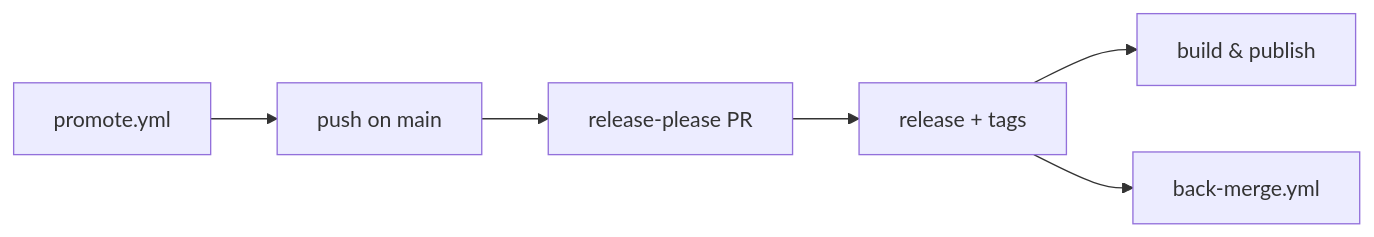
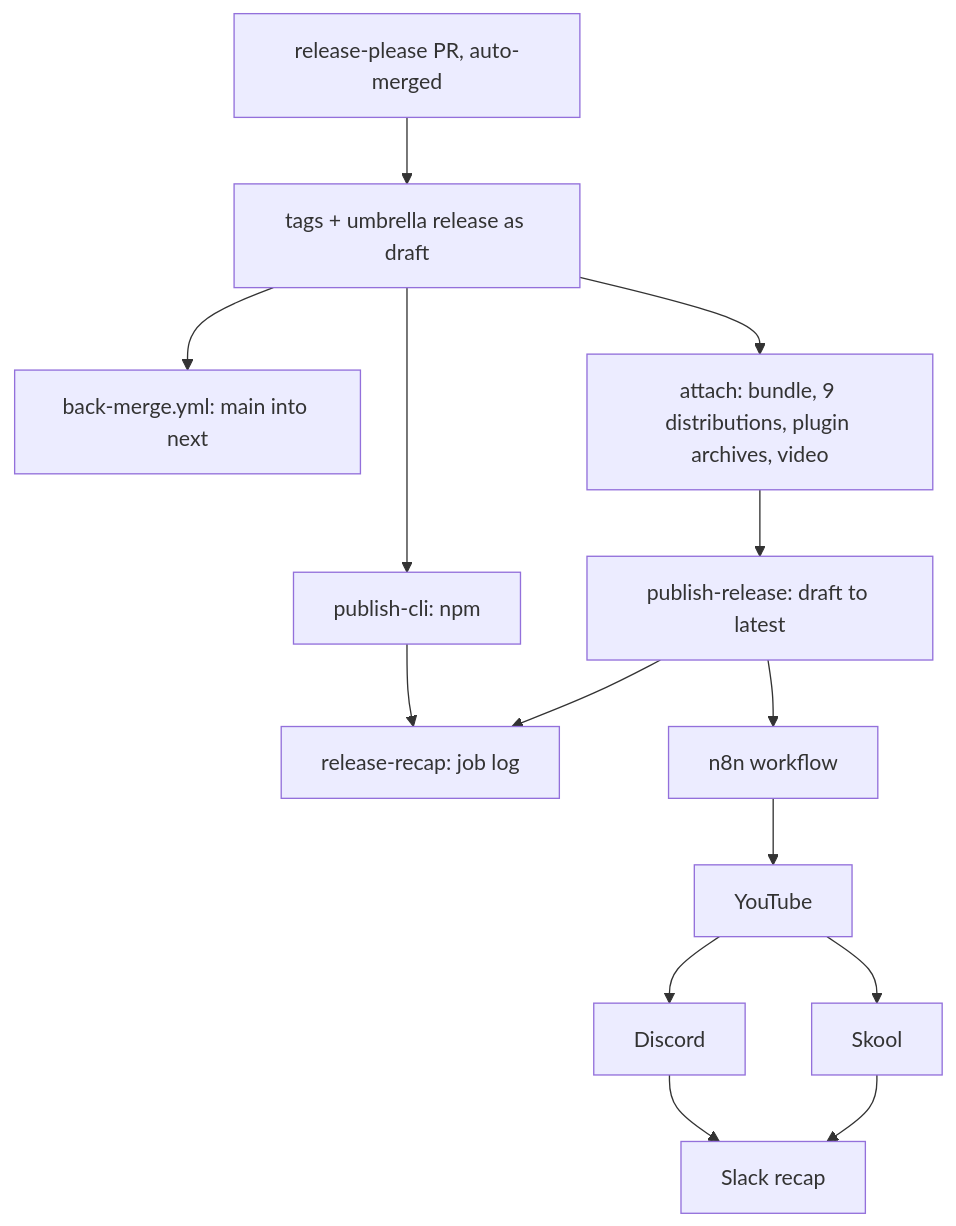
The diagram in aidd_docs/memory/deployment.md (BlandineRdl/framework), drawn with Mermaid before and after one commit. The commit also changed other lines of this file and 32 other files, not shown here.

First line of the commit message:
chore: plan and render the release video locally (#1056)

````diff
--- a/aidd_docs/memory/deployment.md
+++ b/aidd_docs/memory/deployment.md
@@ -21,8 +38,16 @@
 ```mermaid
-flowchart LR
-    Promote["promote.yml"] --> Push["push on main"]
-    Push --> RP["release-please PR"]
-    RP --> Release["release + tags"]
-    Release --> Build["build & publish"]
-    Release --> Back["back-merge.yml"]
+flowchart TD
+    RP["release-please PR, auto-merged"] --> Tags["tags + umbrella release as draft"]
+    Tags --> Back["back-merge.yml: main into next"]
+    Tags --> Jobs["attach: bundle, 9 distributions, plugin archives, video"]
+    Tags --> Cli["publish-cli: npm"]
+    Jobs --> Pub["publish-release: draft to latest"]
+    Cli --> Recap
+    Pub --> Recap["release-recap: job log"]
+    Pub --> N8N["n8n workflow"]
+    N8N --> YT["YouTube"]
+    YT --> DC["Discord"]
+    YT --> SK["Skool"]
+    DC --> Slack["Slack recap"]
+    SK --> Slack
 ```
````
